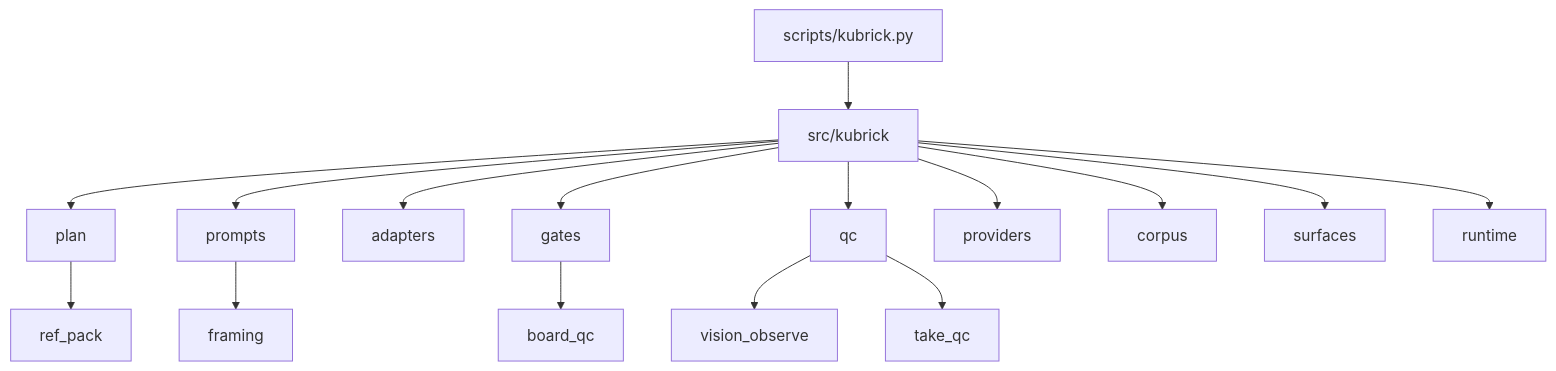
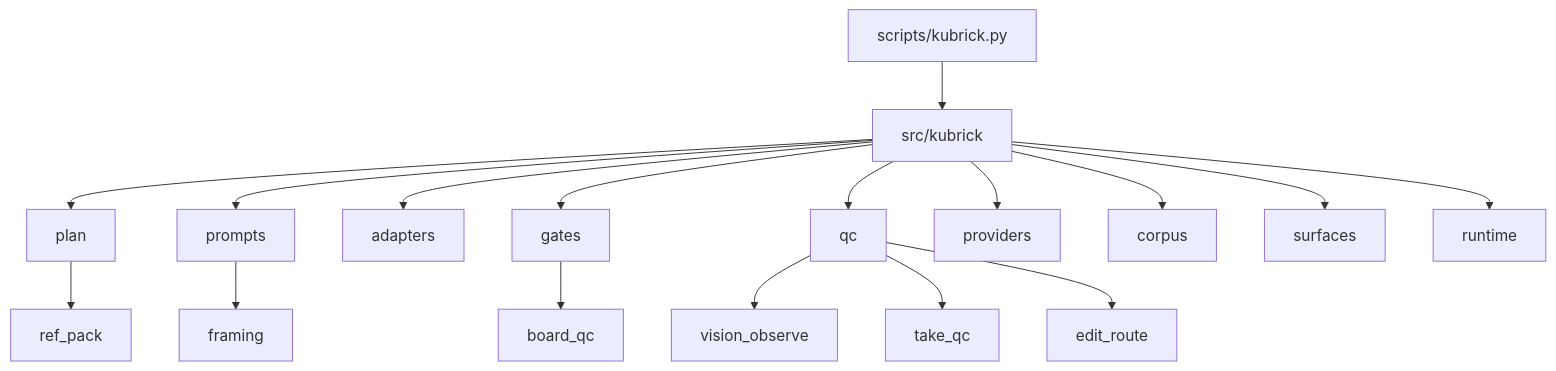
The diagram in skills/kubrick/README.md (Zero-State-LLC/Kubrick), drawn with Mermaid before and after one commit. The commit also changed other lines of this file and 19 other files, not shown here.

````diff
--- a/skills/kubrick/README.md
+++ b/skills/kubrick/README.md
@@ -36,18 +36,19 @@
 ```mermaid
 flowchart TB
   cli["scripts/kubrick.py"] --> core["src/kubrick"]
   core --> plan["plan"]
   core --> prompts["prompts"]
   prompts --> framing["framing"]
   core --> adapters["adapters"]
   core --> gates["gates"]
   gates --> board["board_qc"]
   core --> qc["qc"]
   qc --> take["vision_observe"]
   qc --> full["take_qc"]
+  qc --> route["edit_route"]
   core --> providers["providers"]
   core --> corpus["corpus"]
   core --> surfaces["surfaces"]
   core --> runtime["runtime"]
   plan --> refpack["ref_pack"]
 ```
````
